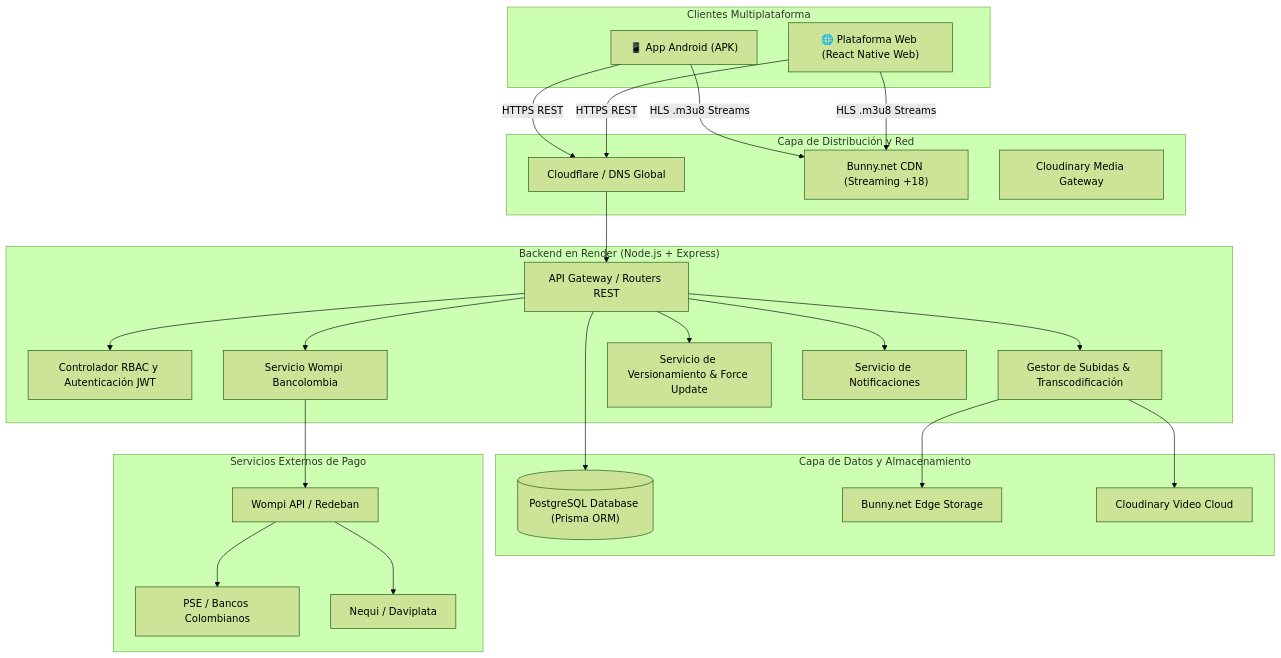
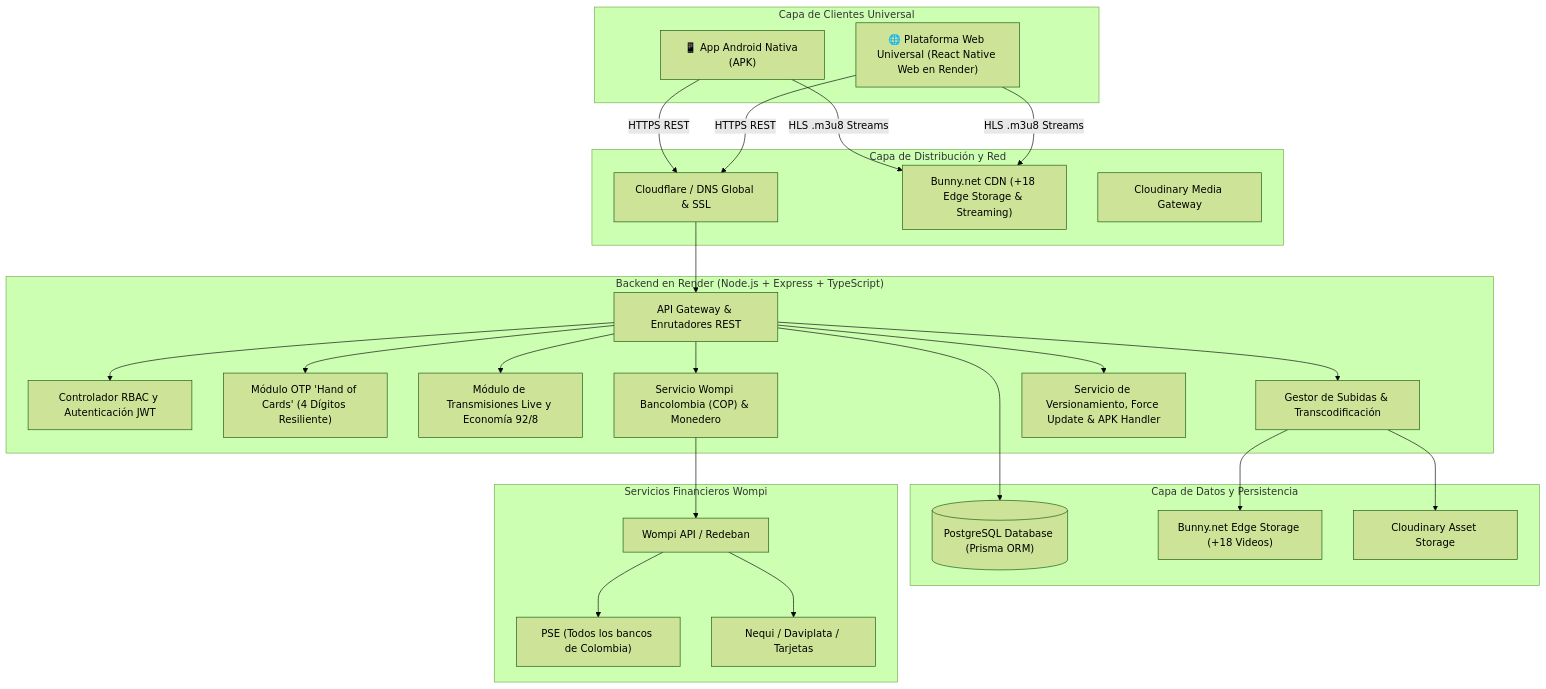
Before and after one commit to edimartinezpos2-beep/TexxxNopor: the first of 4 diagrams in docs/01_MANUAL_TECNICO_Y_ARQUITECTURA.md, drawn with Mermaid (forest theme). The commit also changed other lines of this file and 35 other files, not shown here.

````diff
--- a/docs/01_MANUAL_TECNICO_Y_ARQUITECTURA.md
+++ b/docs/01_MANUAL_TECNICO_Y_ARQUITECTURA.md
@@ -12,54 +12,56 @@
 ```mermaid
 graph TD
-    subgraph Clientes ["Clientes Multiplataforma"]
-        A1["📱 App Android (APK)"]
-        A2["🌐 Plataforma Web (React Native Web)"]
+    subgraph Clientes ["Capa de Clientes Universal"]
+        A1["📱 App Android Nativa (APK)"]
+        A2["🌐 Plataforma Web Universal (React Native Web en Render)"]
     end
 
     subgraph CDN_Gateway ["Capa de Distribución y Red"]
-        B1["Cloudflare / DNS Global"]
-        B2["Bunny.net CDN (Streaming +18)"]
+        B1["Cloudflare / DNS Global & SSL"]
+        B2["Bunny.net CDN (+18 Edge Storage & Streaming)"]
         B3["Cloudinary Media Gateway"]
     end
 
-    subgraph Backend_Cloud ["Backend en Render (Node.js + Express)"]
-        C1["API Gateway / Routers REST"]
+    subgraph Backend_Cloud ["Backend en Render (Node.js + Express + TypeScript)"]
+        C1["API Gateway & Enrutadores REST"]
         C2["Controlador RBAC y Autenticación JWT"]
-        C3["Servicio Wompi Bancolombia"]
-        C4["Gestor de Subidas & Transcodificación"]
-        C5["Servicio de Versionamiento & Force Update"]
-        C6["Servicio de Notificaciones"]
+        C3["Módulo OTP 'Hand of Cards' (4 Dígitos Resiliente)"]
+        C4["Módulo de Transmisiones Live y Economía 92/8"]
+        C5["Servicio Wompi Bancolombia (COP) & Monedero"]
+        C6["Gestor de Subidas & Transcodificación"]
+        C7["Servicio de Versionamiento, Force Update & APK Handler"]
     end
 
-    subgraph Storage_DB ["Capa de Datos y Almacenamiento"]
+    subgraph Storage_DB ["Capa de Datos y Persistencia"]
         D1[("PostgreSQL Database (Prisma ORM)")]
-        D2["Bunny.net Edge Storage"]
-        D3["Cloudinary Video Cloud"]
+        D2["Bunny.net Edge Storage (+18 Videos)"]
+        D3["Cloudinary Asset Storage"]
     end
 
-    subgraph Pasarela_Pagos ["Servicios Externos de Pago"]
+    subgraph Pasarela_Pagos ["Servicios Financieros Wompi"]
         E1["Wompi API / Redeban"]
-        E2["PSE / Bancos Colombianos"]
-        E3["Nequi / Daviplata"]
+        E2["PSE (Todos los bancos de Colombia)"]
+        E3["Nequi / Daviplata / Tarjetas"]
     end
 
     A1 -->|HTTPS REST| B1
     A2 -->|HTTPS REST| B1
     B1 --> C1
 
     A1 -->|HLS .m3u8 Streams| B2
     A2 -->|HLS .m3u8 Streams| B2
 
     C1 --> C2
     C1 --> C3
     C1 --> C4
     C1 --> C5
     C1 --> C6
+    C1 --> C7
 
     C1 --> D1
-    C4 --> D2
-    C4 --> D3
-    C3 --> E1
+    C6 --> D2
+    C6 --> D3
+    C5 --> E1
     E1 --> E2
     E1 --> E3
 ```
````
